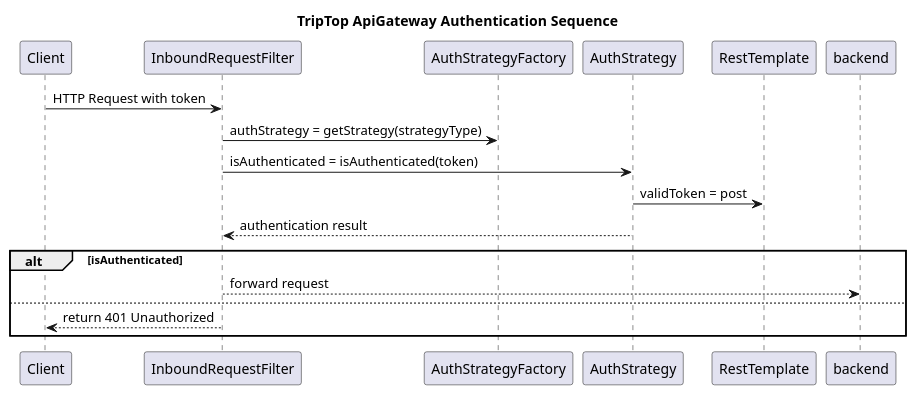
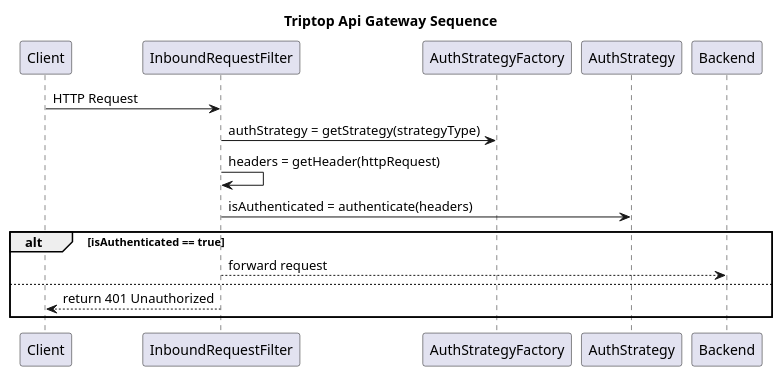
Before and after one commit to AIM-ENE-feb25/triptop-groep-1-met-third-wheel: the diagram in individueel/diagram/sequence/Simon-TripTopSequenceDiagram.puml, drawn with PlantUML. The commit also changed 1 other file, not shown here.

Commit message:
Sequence diagram

```diff
--- a/individueel/diagram/sequence/Simon-TripTopSequenceDiagram.puml
+++ b/individueel/diagram/sequence/Simon-TripTopSequenceDiagram.puml
@@ -1,28 +1,25 @@
 @startuml
-title TripTop ApiGateway Authentication Sequence
+title Triptop Api Gateway Sequence
 
 participant "Client" as client
 participant "InboundRequestFilter" as filter
 participant "AuthStrategyFactory" as factory
 participant "AuthStrategy" as strategy
-participant "RestTemplate" as rest
 
-client -> filter: HTTP Request with token
+client -> filter: HTTP Request
 
 filter -> factory: authStrategy = getStrategy(strategyType)
 
-filter -> strategy: isAuthenticated = isAuthenticated(token)
+filter -> filter: headers = getHeader(httpRequest)
 
-strategy -> rest: validToken = post
+filter -> strategy: isAuthenticated = authenticate(headers)
 
-strategy --> filter: authentication result
-
-alt isAuthenticated
-    filter --> backend: forward request
+alt isAuthenticated == true
+    filter --> Backend: forward request
 else
     filter --> client: return 401 Unauthorized
 end
 
 deactivate filter
 
 @enduml
```
